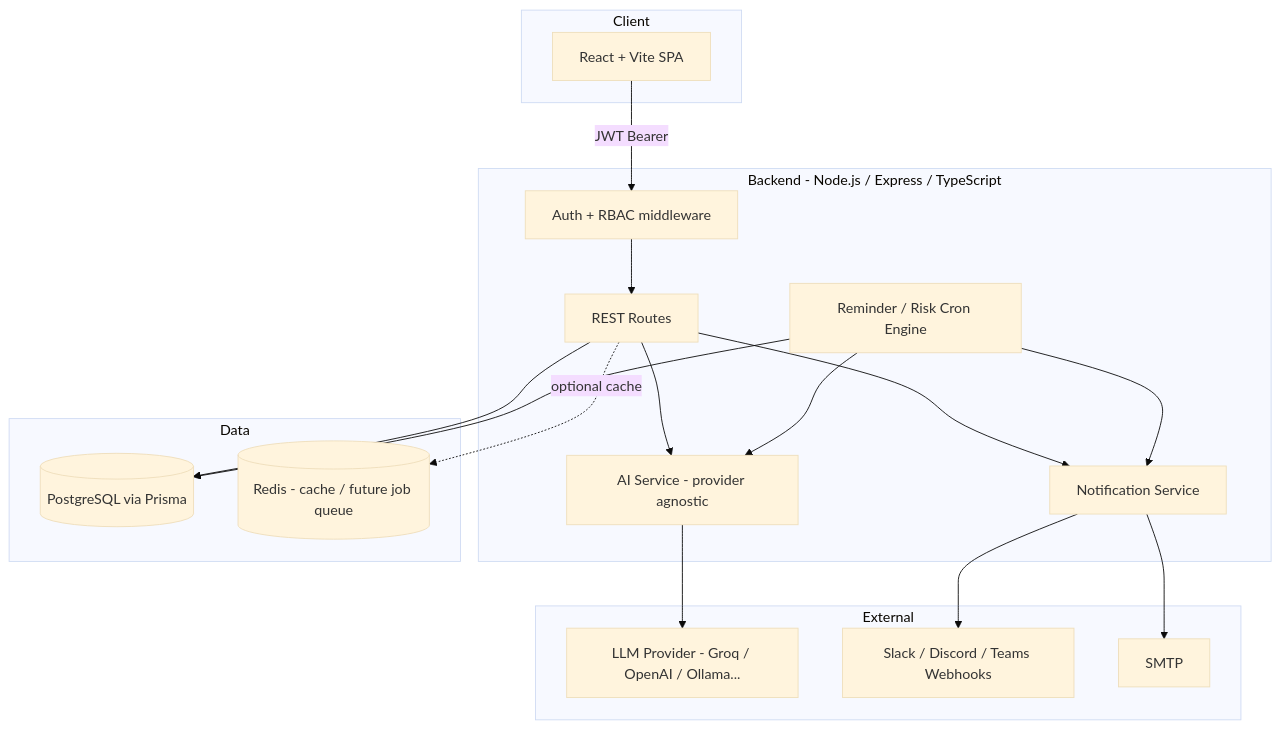
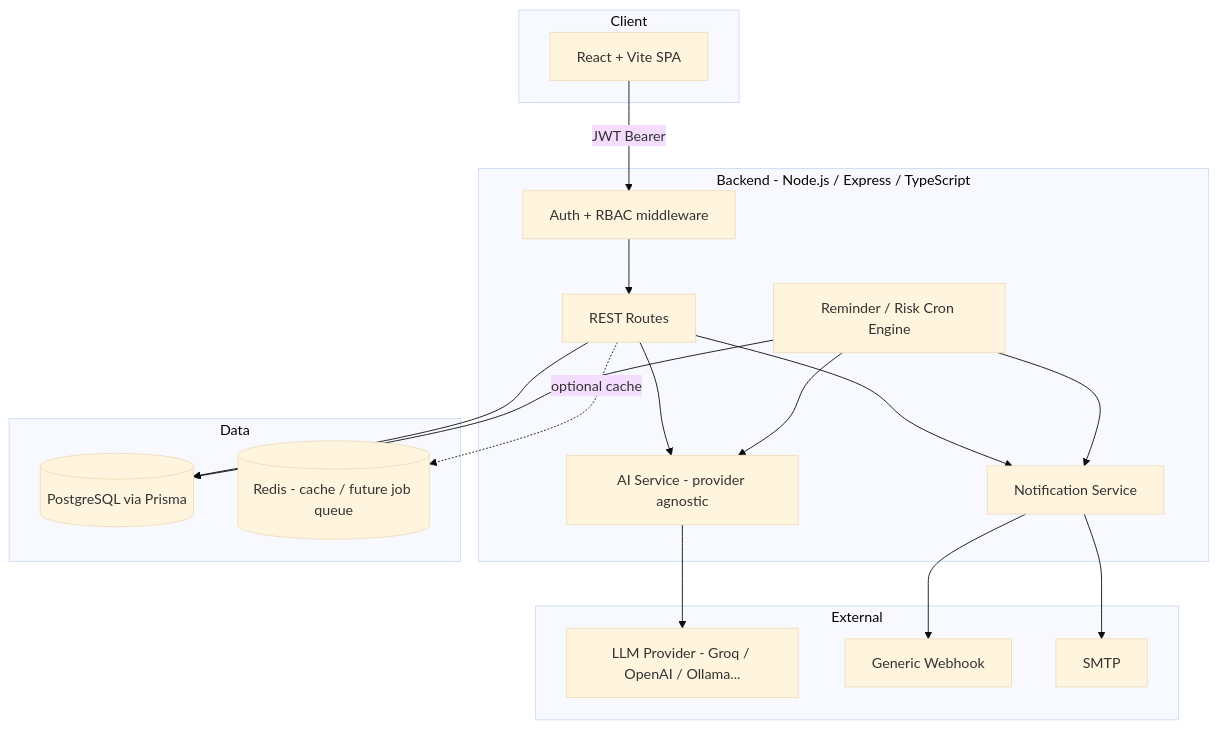
Before and after one commit to mahmadr10/ops-workflow-platform: the first of 2 diagrams in docs/ARCHITECTURE.md, drawn with Mermaid (base theme). The commit also changed 8 other files, not shown here.

First line of the commit message:
feat(notifications): remove Slack, Discord, and Teams; keep only Email and Webhook

````diff
--- a/docs/ARCHITECTURE.md
+++ b/docs/ARCHITECTURE.md
@@ -5,36 +5,36 @@
 ```mermaid
 flowchart TB
     subgraph Client
         UI[React + Vite SPA]
     end
 
     subgraph API["Backend - Node.js / Express / TypeScript"]
         AUTH[Auth + RBAC middleware]
         ROUTES[REST Routes]
         AISVC[AI Service - provider agnostic]
         NOTIFSVC[Notification Service]
         CRON[Reminder / Risk Cron Engine]
     end
 
     subgraph Data
         PG[(PostgreSQL via Prisma)]
         REDIS[(Redis - cache / future job queue)]
     end
 
     subgraph External
         LLM[LLM Provider - Groq / OpenAI / Ollama...]
-        SLACK[Slack / Discord / Teams Webhooks]
+        WEBHOOK[Generic Webhook]
         SMTP[SMTP]
     end
 
     UI -- JWT Bearer --> AUTH --> ROUTES
     ROUTES --> PG
     ROUTES --> AISVC --> LLM
     ROUTES --> NOTIFSVC
     CRON --> PG
     CRON --> AISVC
     CRON --> NOTIFSVC
-    NOTIFSVC --> SLACK
+    NOTIFSVC --> WEBHOOK
     NOTIFSVC --> SMTP
     ROUTES -.optional cache.-> REDIS
 ```
````
